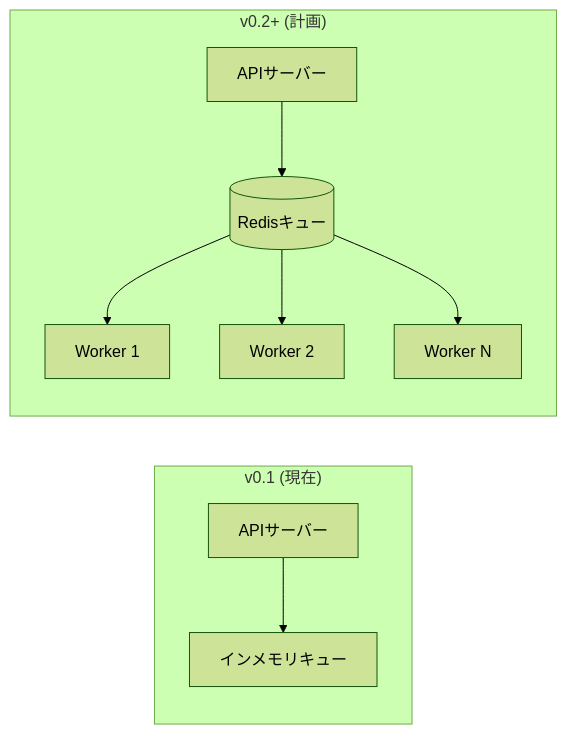
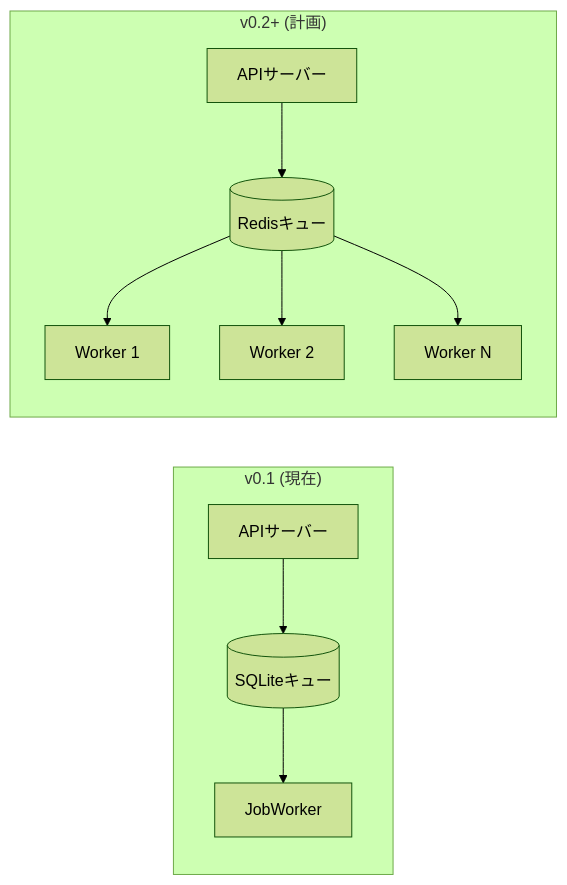
Before and after one commit to hampen2929/zloth: diagram 12 of 15 in docs/architecture.md, drawn with Mermaid (forest theme). The commit also changed other lines of this file, not shown here.

````diff
--- a/docs/architecture.md
+++ b/docs/architecture.md
@@ -533,13 +569,14 @@
 ```mermaid
 flowchart LR
     subgraph v0.1["v0.1 (現在)"]
-        API1[APIサーバー] --> IMQ[インメモリキュー]
+        API1[APIサーバー] --> SQLiteQ[(SQLiteキュー)]
+        SQLiteQ --> JW1[JobWorker]
     end
 
     subgraph v0.2["v0.2+ (計画)"]
         API2[APIサーバー] --> Redis[(Redisキュー)]
         Redis --> W1[Worker 1]
         Redis --> W2[Worker 2]
         Redis --> WN[Worker N]
     end
 ```
````
